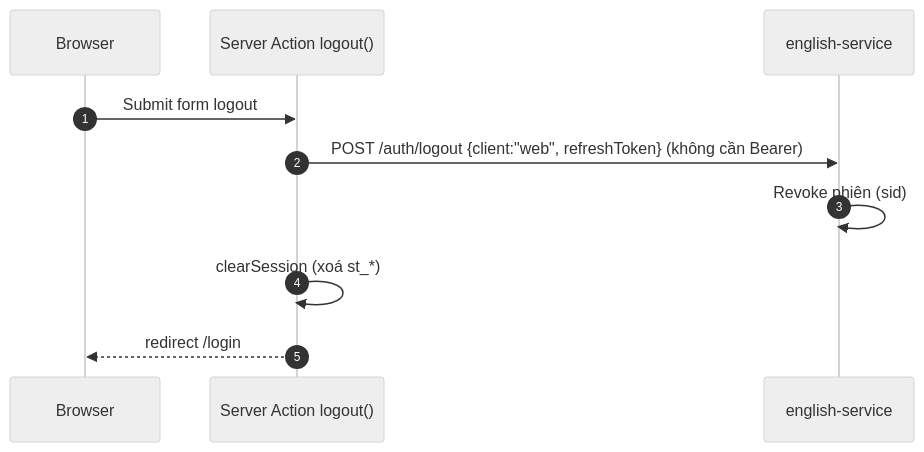
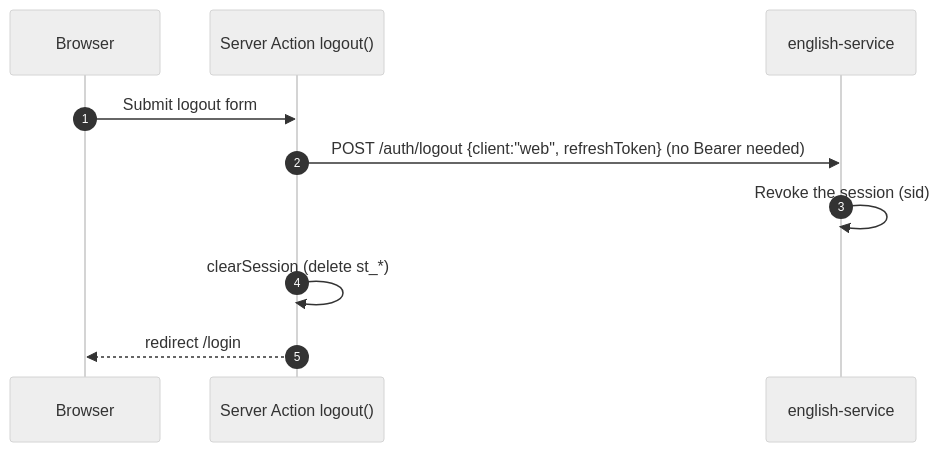
One commit to TriThuc2321/english-service changed the seventh of 8 diagrams in docs/auth-flow.md. Above: the diagram before and after it, drawn with Mermaid (neutral theme). The commit also changed other lines of this file and 6 other files, not shown here.

````diff
--- a/docs/auth-flow.md
+++ b/docs/auth-flow.md
@@ -179,13 +179,13 @@
 ```mermaid
 sequenceDiagram
   autonumber
   participant S as Browser
   participant N as Server Action logout()
   participant BE as english-service
 
-  S->>N: Submit form logout
-  N->>BE: POST /auth/logout {client:"web", refreshToken} (không cần Bearer)
-  BE->>BE: Revoke phiên (sid)
-  N->>N: clearSession (xoá st_*)
+  S->>N: Submit logout form
+  N->>BE: POST /auth/logout {client:"web", refreshToken} (no Bearer needed)
+  BE->>BE: Revoke the session (sid)
+  N->>N: clearSession (delete st_*)
   N-->>S: redirect /login
 ```
````
